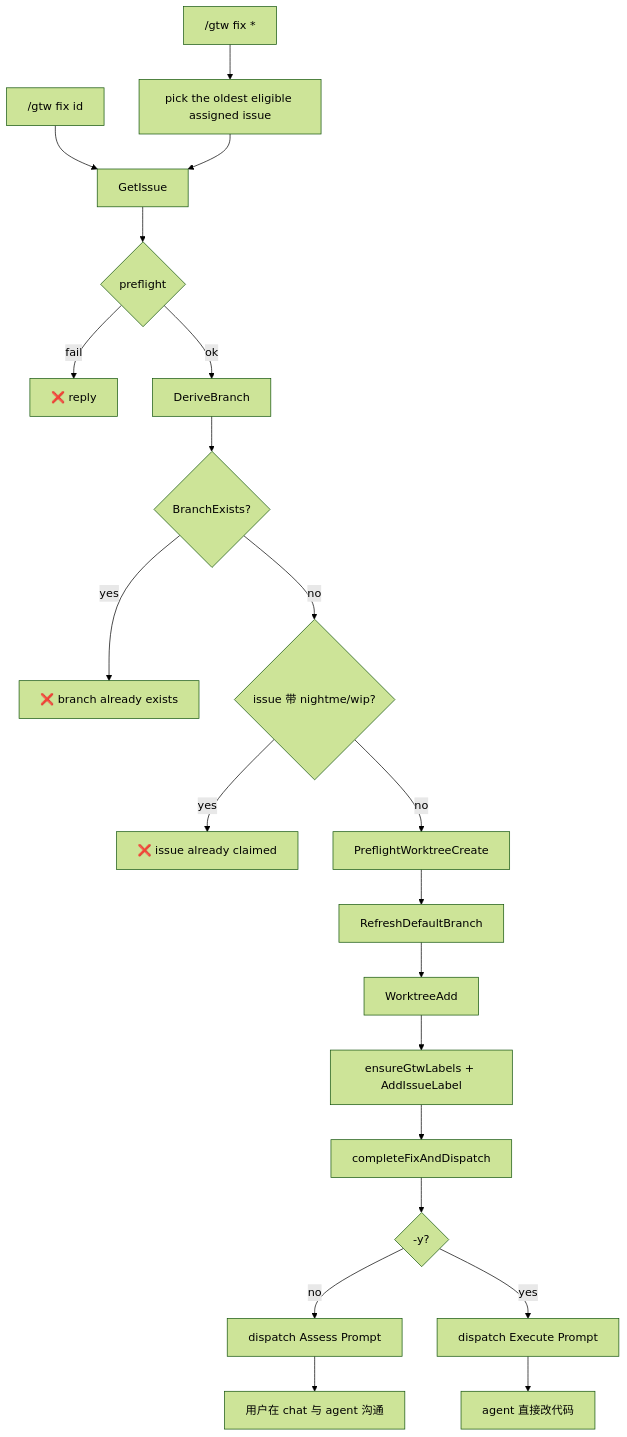
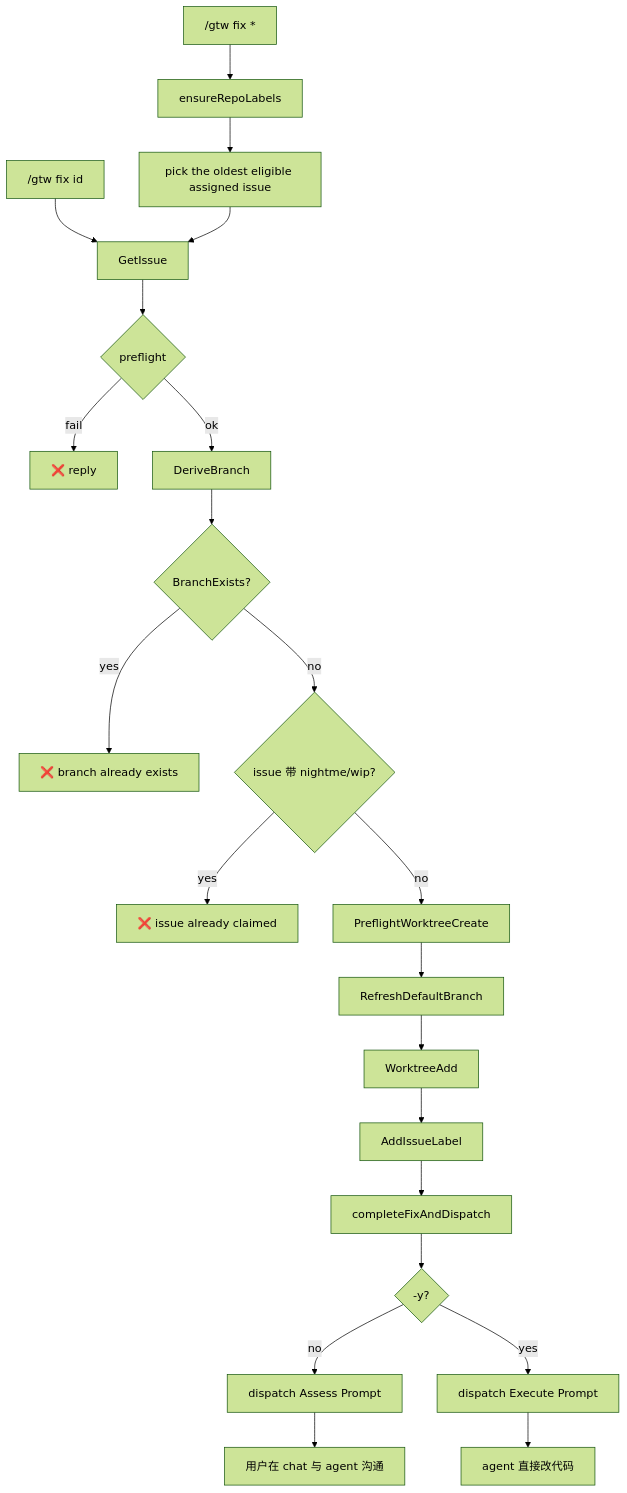
The diagram in docs/feat/F-gtw-fix.md (cnlangzi/nightme), drawn with Mermaid (forest theme) before and after one commit. The commit also changed other lines of this file and 17 other files, not shown here.

````diff
--- a/docs/feat/F-gtw-fix.md
+++ b/docs/feat/F-gtw-fix.md
@@ -167,23 +167,24 @@
 ```mermaid
 flowchart TD
     A["/gtw fix id"] --> A0["GetIssue"]
-    A1["/gtw fix *"] --> A2["pick the oldest eligible assigned issue"]
+    A1["/gtw fix *"] --> A3["ensureRepoLabels"]
+    A3 --> A2["pick the oldest eligible assigned issue"]
     A2 --> A0
     A0 --> B{preflight}
     B -->|fail| Z["❌ reply"]
     B -->|ok| C["DeriveBranch"]
     C --> D{BranchExists?}
     D -->|yes| E["❌ branch already exists"]
     D -->|no| G{issue 带 nightme/wip?}
     G -->|yes| H["❌ issue already claimed"]
     G -->|no| F["PreflightWorktreeCreate"]
     F --> I["RefreshDefaultBranch"]
     I --> J["WorktreeAdd"]
-    J --> K["ensureGtwLabels + AddIssueLabel"]
+    J --> K["AddIssueLabel"]
     K --> L["completeFixAndDispatch"]
     L --> M{"-y?"}
     M -->|no| N["dispatch Assess Prompt"]
     M -->|yes| O["dispatch Execute Prompt"]
     N --> P["用户在 chat 与 agent 沟通"]
     O --> Q["agent 直接改代码"]
 ```
````
